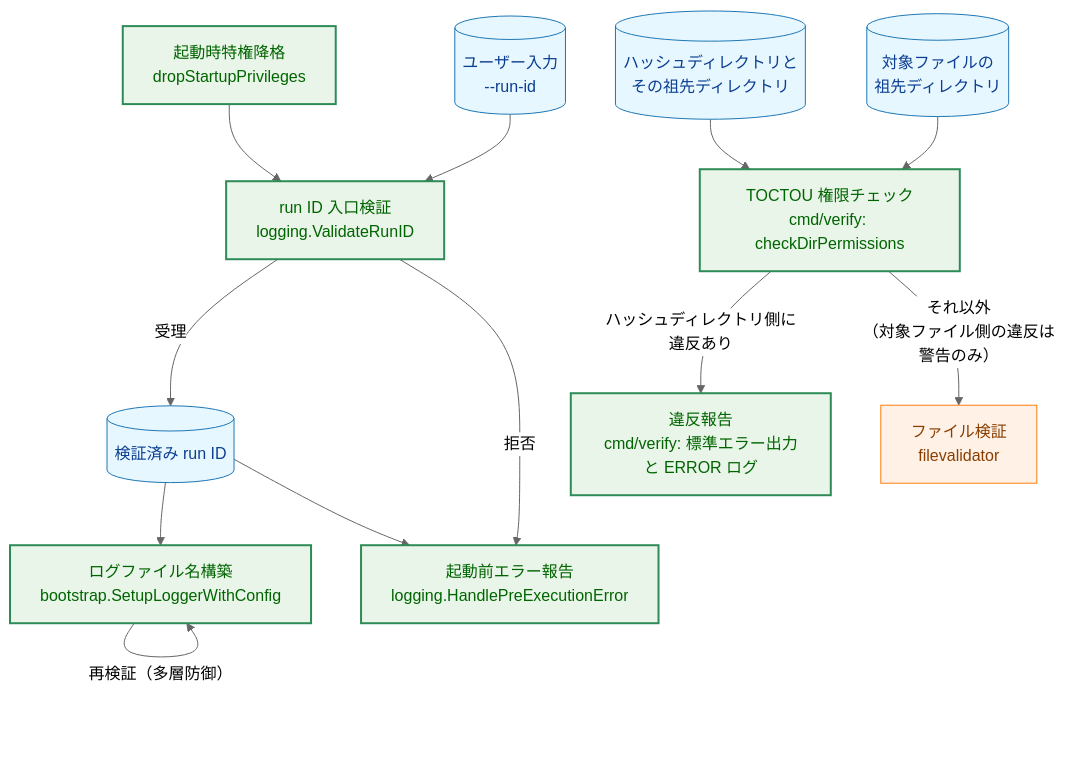
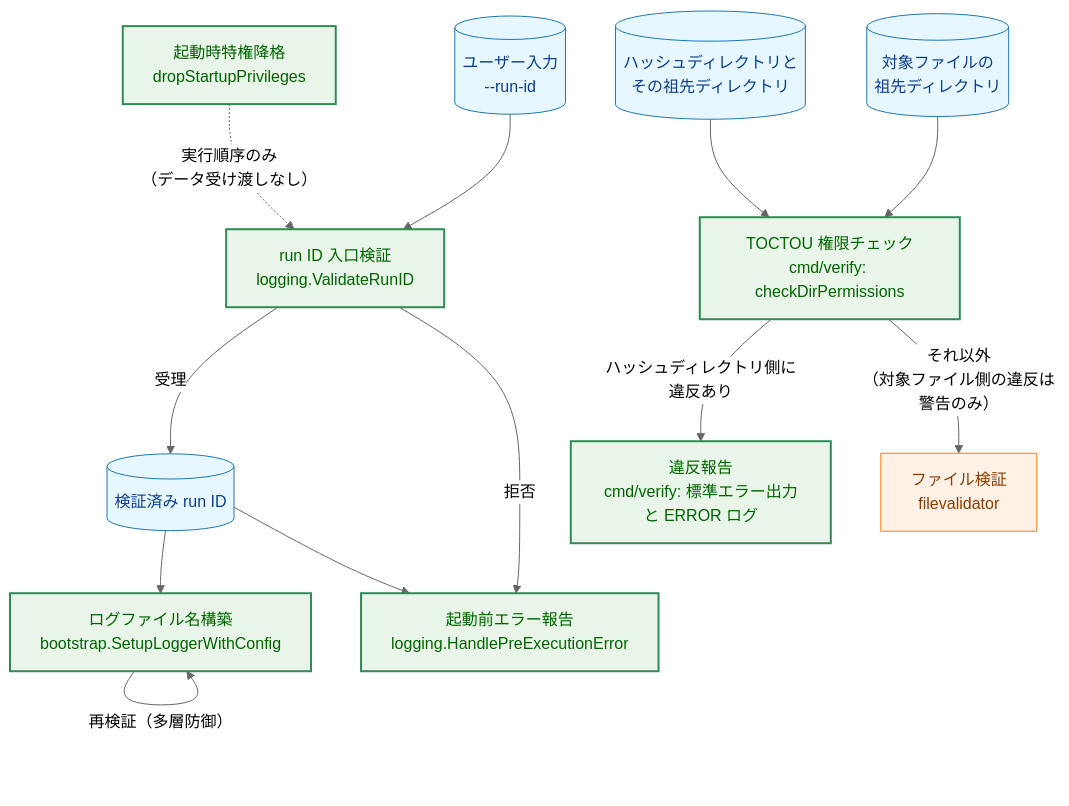
One commit to isseis/go-safe-cmd-runner changed the first of 13 diagrams in docs/tasks/0162_entrypoint_runid_privilege_toctou_hardening/02_architecture.md. Above: the diagram before and after it, drawn with Mermaid (neutral theme). The commit also changed other lines of this file, not shown here.

Commit message:
docs(0162): clarify BOOT→GATE edge is ordering-only, not data flow
The concept-model diagram used a solid arrow for BOOT --> GATE alongside
USER --> GATE, which visually implied GATE receives some output from
BOOT. Per the diagram's own legend (arrow = output/control passed),
this was misleading: dropStartupPrivileges and ValidateRunID are
independent steps that merely run in sequence (see 3.2.2). Switched
the edge to a dashed arrow labeled "ordering only" and added a
clarifying sentence to the legend text.

````diff
--- a/docs/tasks/0162_entrypoint_runid_privilege_toctou_hardening/02_architecture.md
+++ b/docs/tasks/0162_entrypoint_runid_privilege_toctou_hardening/02_architecture.md
@@ -44,34 +44,34 @@
 ```mermaid
 flowchart TD
     classDef data fill:#e6f7ff,stroke:#1f77b4,stroke-width:1px,color:#0b3d91;
     classDef process fill:#fff1e6,stroke:#ff7f0e,stroke-width:1px,color:#8a3e00;
     classDef enhanced fill:#e8f5e8,stroke:#2e8b57,stroke-width:2px,color:#006400;
 
     USER[("ユーザー入力<br>--run-id")]
     GATE["run ID 入口検証<br>logging.ValidateRunID"]
     BOOT["起動時特権降格<br>dropStartupPrivileges"]
     TRUSTED[("検証済み run ID")]
     LOGNAME["ログファイル名構築<br>bootstrap.SetupLoggerWithConfig"]
     SUMMARY["起動前エラー報告<br>logging.HandlePreExecutionError"]
     HASHDIR[("ハッシュディレクトリと<br>その祖先ディレクトリ")]
     TARGETDIR[("対象ファイルの<br>祖先ディレクトリ")]
     VGATE["TOCTOU 権限チェック<br>cmd/verify: checkDirPermissions"]
     VREPORT["違反報告<br>cmd/verify: 標準エラー出力と ERROR ログ"]
     VERIFY["ファイル検証<br>filevalidator"]
 
-    BOOT --> GATE
+    BOOT -.->|"実行順序のみ<br>（データ受け渡しなし）"| GATE
     USER --> GATE
     GATE -->|"受理"| TRUSTED
     GATE -->|"拒否"| SUMMARY
     TRUSTED --> LOGNAME
     TRUSTED --> SUMMARY
     LOGNAME -->|"再検証（多層防御）"| LOGNAME
     HASHDIR --> VGATE
     TARGETDIR --> VGATE
     VGATE -->|"ハッシュディレクトリ側に違反あり"| VREPORT
     VGATE -->|"それ以外<br>（対象ファイル側の違反は警告のみ）"| VERIFY
 
     class USER,TRUSTED,HASHDIR,TARGETDIR data
     class VERIFY process
     class BOOT,GATE,LOGNAME,SUMMARY,VGATE,VREPORT enhanced
 ```
````
